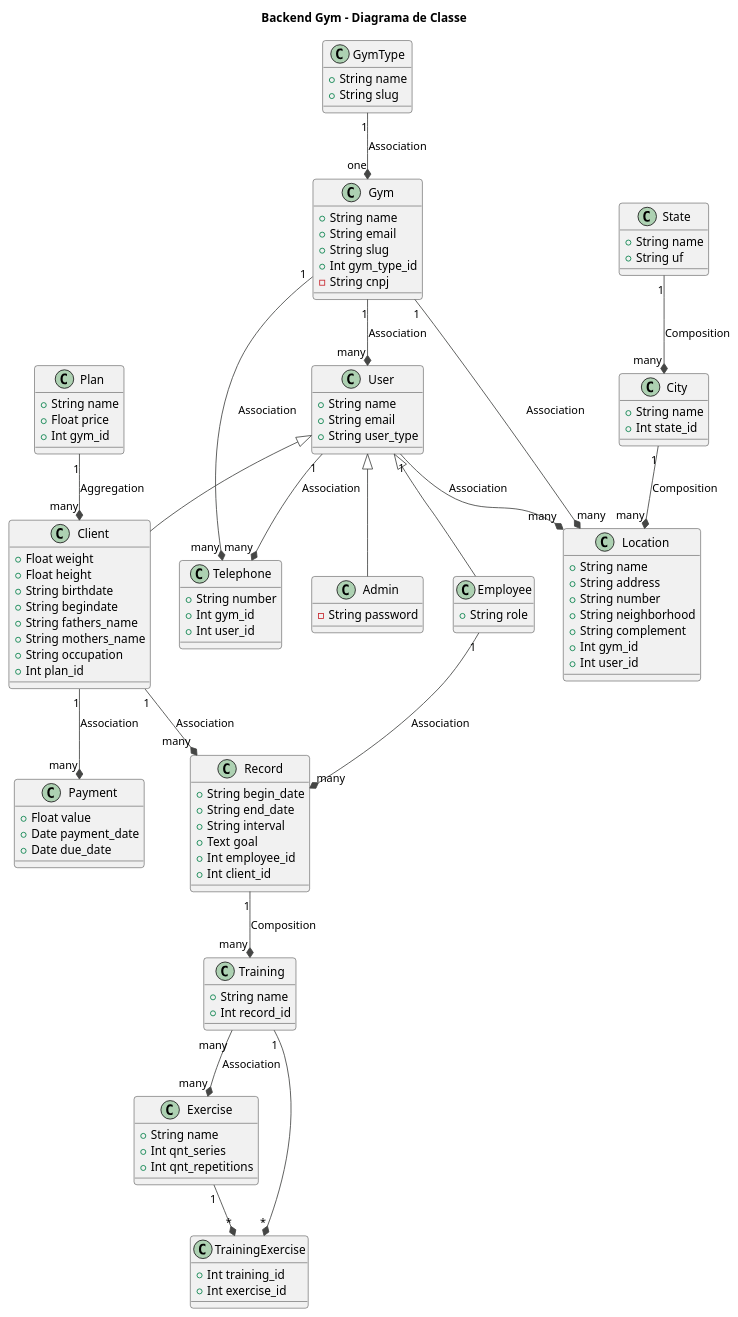
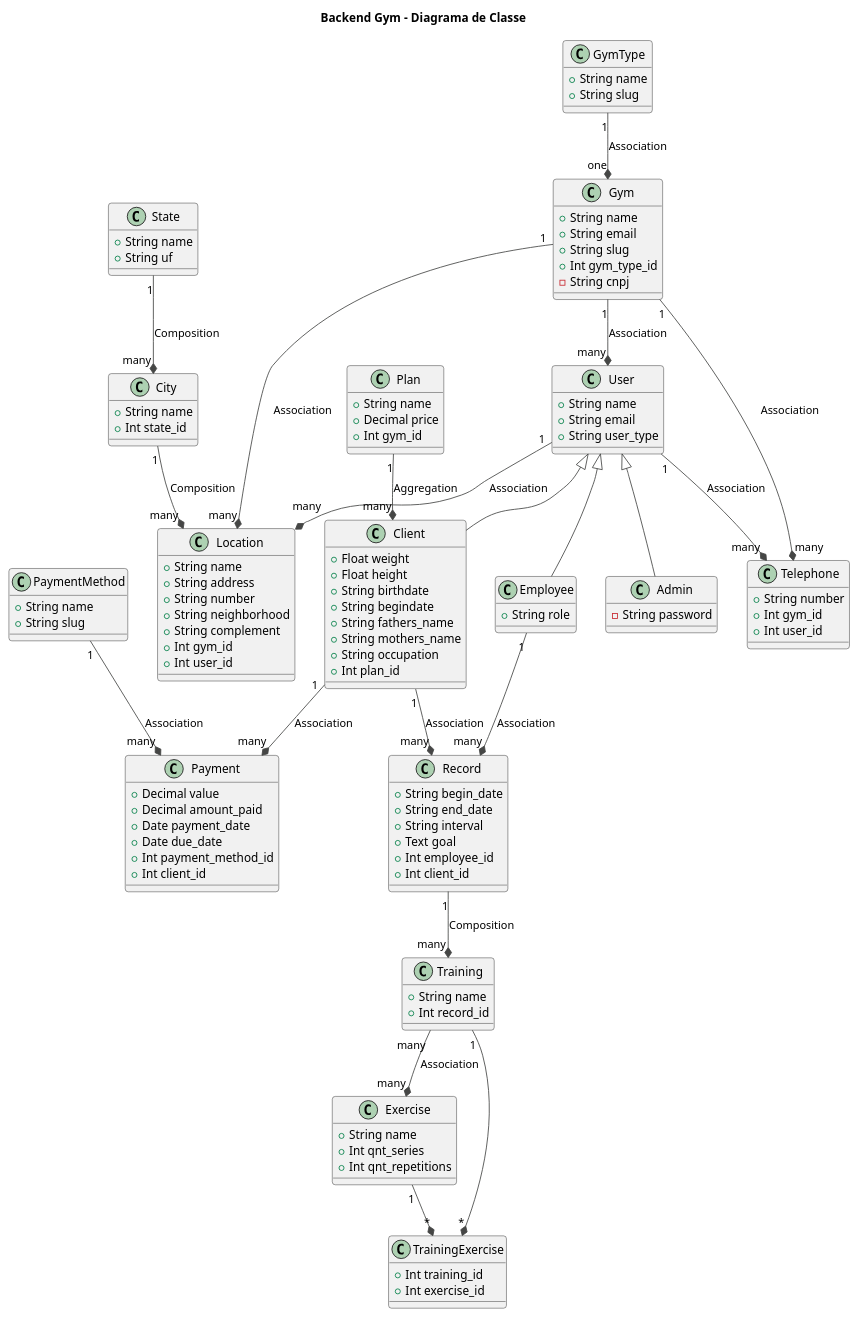
The diagram in docs/class_diagram.md (Luiz-Bernardes/backend-gym), drawn with PlantUML before and after one commit. The commit also changed 27 other files, not shown here.

```diff
--- a/docs/class_diagram.md
+++ b/docs/class_diagram.md
@@ -73,14 +73,22 @@
 
 class Plan {
   +String name
-  +Float price
+  +Decimal price
   +Int gym_id
 }
 
 class Payment {
-  +Float value
+  +Decimal value
+  +Decimal amount_paid
   +Date payment_date
   +Date due_date
+  +Int payment_method_id
+  +Int client_id
+}
+
+class PaymentMethod {
+  +String name
+  +String slug
 }
 
 class Record {
@@ -120,6 +128,7 @@
 Client "many" *-up- "1" Plan: Aggregation
 Payment "many" *-up- "1" Client: Association
 Record "many" *-up- "1" Client: Association
+Payment "many" *-up- "1" PaymentMethod: Association
 Record "many" *-up- "1" Employee: Association
 Training "many" *-up- "1" Record: Composition
 Exercise "many" *-up- "many" Training: Association
```
